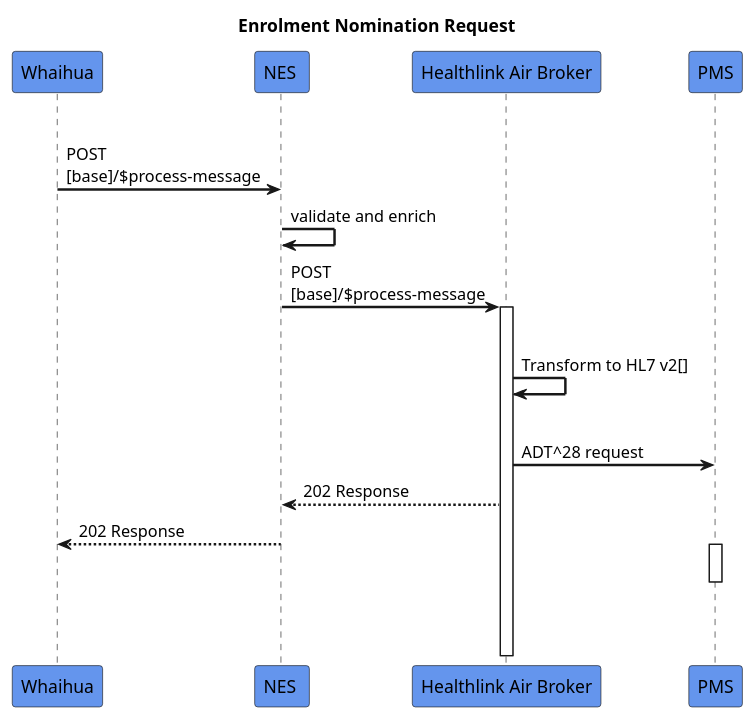
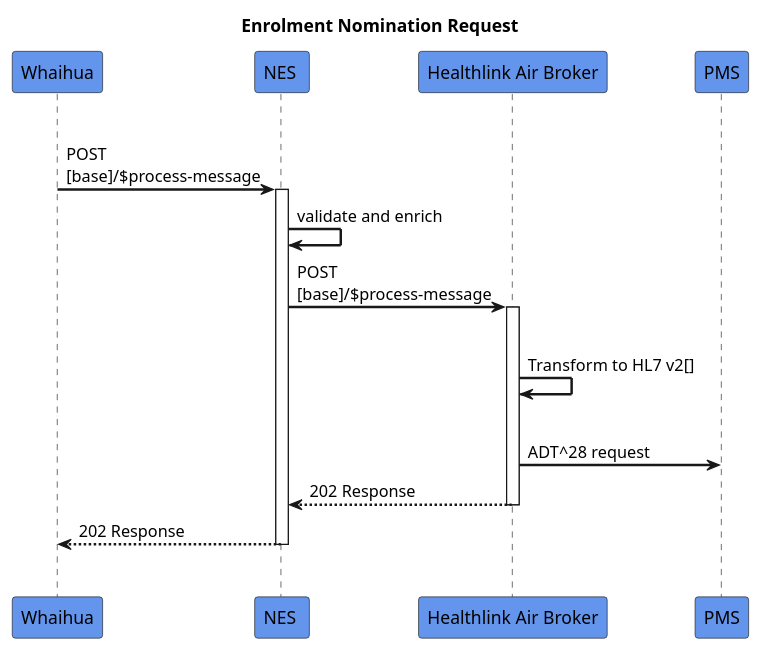
The diagram in input/images-source/enrolment-nomination-request.plantuml (HL7NZ/nes-ig), drawn with PlantUML before and after one commit. The commit also changed 2 other files, not shown here.

```diff
--- a/input/images-source/enrolment-nomination-request.plantuml
+++ b/input/images-source/enrolment-nomination-request.plantuml
@@ -1,28 +1,29 @@
 @startuml
 skinparam sequenceArrowThickness 2
 skinparam roundcorner 5
 skinparam maxmessagesize 180
 skinparam sequenceParticipant bold
 title  Enrolment Nomination Request
 participant "Whaihua" as AA #CornflowerBlue
 participant "NES " as A #CornflowerBlue
 participant "Healthlink Air Broker" as B #CornflowerBlue
 participant "PMS" as C #CornflowerBlue
 |||
 
 AA -> A: POST [base]/$process-message
+activate A
 A -> A:  validate and enrich
 
 A -> B: POST [base]/$process-message
 activate B
 |||
 B -> B: Transform to HL7 v2[]
 |||
 B -> C: ADT^28 request
 B -[dashed]-> A: 202 Response 
+deactivate B
 A -[dashed]-> AA: 202 Response 
-activate C
-|||
-deactivate C
+
+deactivate A
 |||
 @enduml
```
